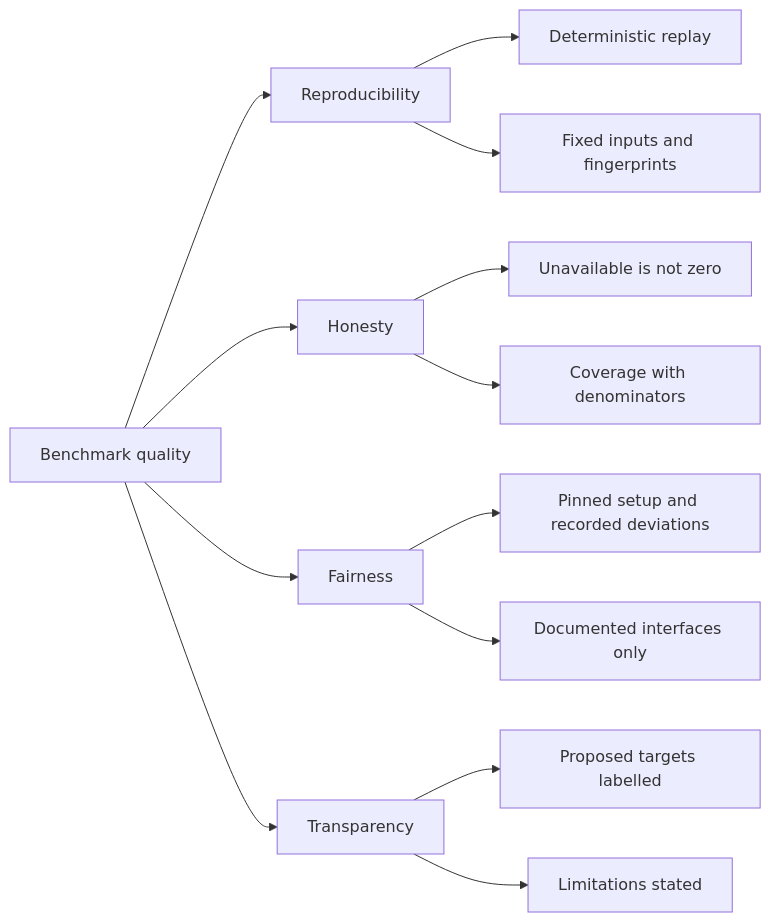
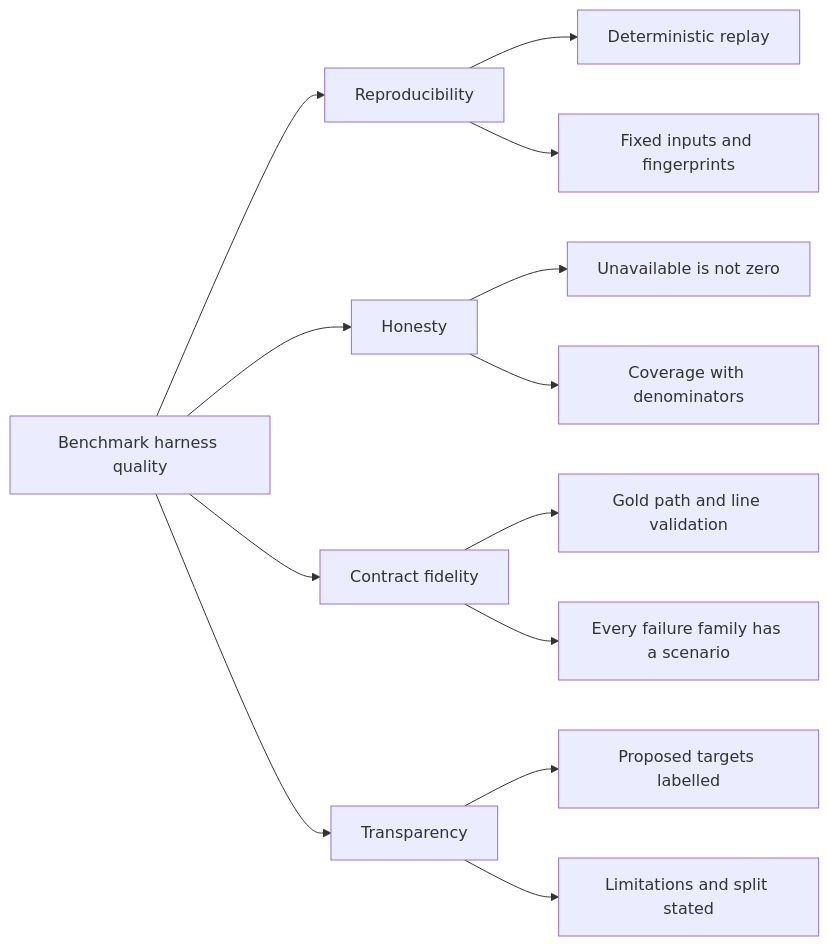
One commit to kressnerd/ortsinn changed the diagram in docs/arc42/10-quality-requirements.md. Above: the diagram before and after it, drawn with Mermaid. The commit also changed other lines of this file and 29 other files, not shown here.

First line of the commit message:
docs(benchmark): record the fixture split and hardened review

````diff
--- a/docs/arc42/10-quality-requirements.md
+++ b/docs/arc42/10-quality-requirements.md
@@ -5,15 +5,15 @@
 ```mermaid
 flowchart LR
-    Q[Benchmark quality] --> R[Reproducibility]
+    Q[Benchmark harness quality] --> R[Reproducibility]
     Q --> H[Honesty]
-    Q --> F[Fairness]
+    Q --> C[Contract fidelity]
     Q --> T[Transparency]
     R --> R1[Deterministic replay]
     R --> R2[Fixed inputs and fingerprints]
     H --> H1[Unavailable is not zero]
     H --> H2[Coverage with denominators]
-    F --> F1[Pinned setup and recorded deviations]
-    F --> F2[Documented interfaces only]
+    C --> C1[Gold path and line validation]
+    C --> C2[Every failure family has a scenario]
     T --> T1[Proposed targets labelled]
-    T --> T2[Limitations stated]
+    T --> T2[Limitations and split stated]
 ```
````
